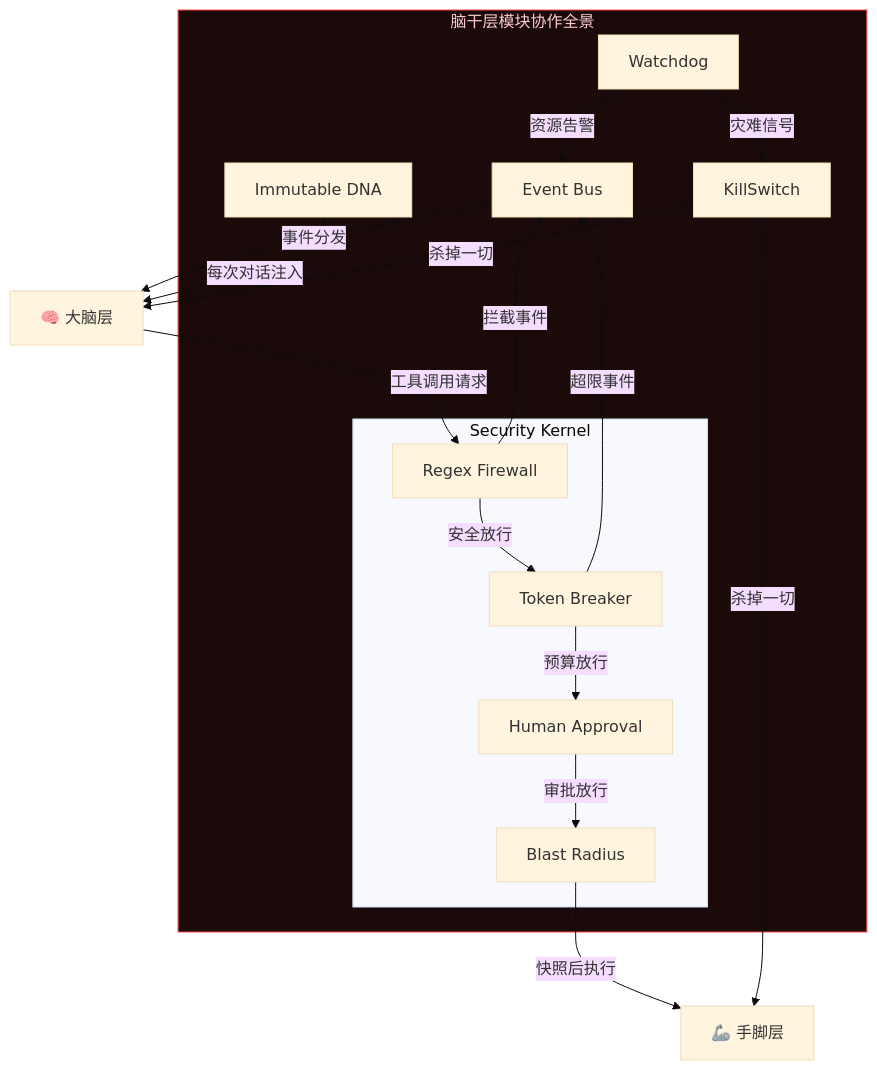
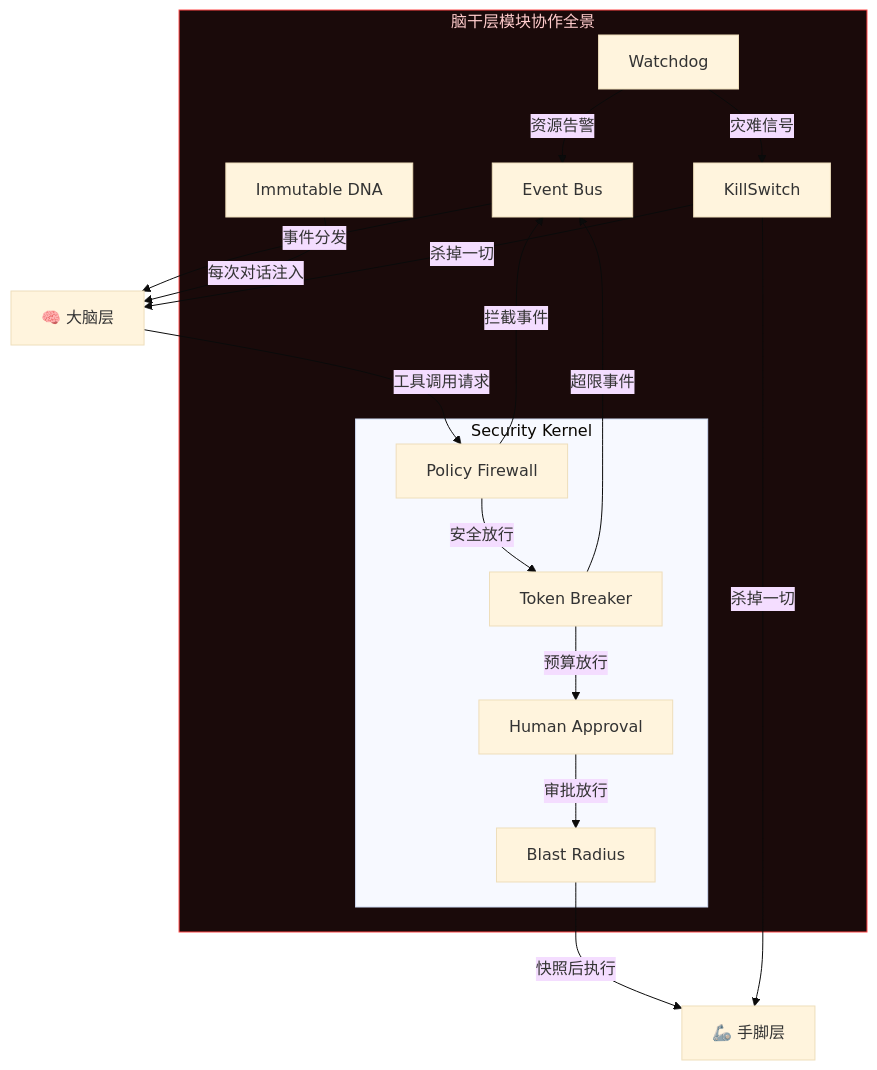
Before and after one commit to Yidhar/Embla_System: diagram 11 of 12 in doc/10-brainstem-layer-modules.md, drawn with Mermaid (base theme). The commit also changed other lines of this file and 13 other files, not shown here.

Commit message:
docs: refresh architecture specs and security blindspot baseline

````diff
--- a/doc/10-brainstem-layer-modules.md
+++ b/doc/10-brainstem-layer-modules.md
@@ -670,38 +698,38 @@
 ```mermaid
 flowchart TB
     subgraph Brainstem["脑干层模块协作全景"]
         EB["Event Bus"]
         WD["Watchdog"]
         DNA["Immutable DNA"]
         KS["KillSwitch"]
 
         subgraph SK["Security Kernel"]
-            RF["Regex Firewall"]
+            RF["Policy Firewall"]
             TB_["Token Breaker"]
             BR["Blast Radius"]
             HA["Human Approval"]
         end
     end
 
     %% 上层连接
     BRAIN["🧠 大脑层"] -->|"工具调用请求"| RF
     RF -->|"安全放行"| TB_
     TB_ -->|"预算放行"| HA
     HA -->|"审批放行"| BR
     BR -->|"快照后执行"| LIMBS["🦾 手脚层"]
 
     %% 事件流
     WD -->|"资源告警"| EB
     RF -->|"拦截事件"| EB
     TB_ -->|"超限事件"| EB
     EB -->|"事件分发"| BRAIN
 
     %% DNA 注入
     DNA -->|"每次对话注入"| BRAIN
 
     %% 终极熔断
     KS -->|"杀掉一切"| BRAIN & LIMBS
     WD -->|"灾难信号"| KS
 
     style Brainstem fill:#1a0a0a,stroke:#ff4444,color:#ffcccc
 ```
````
